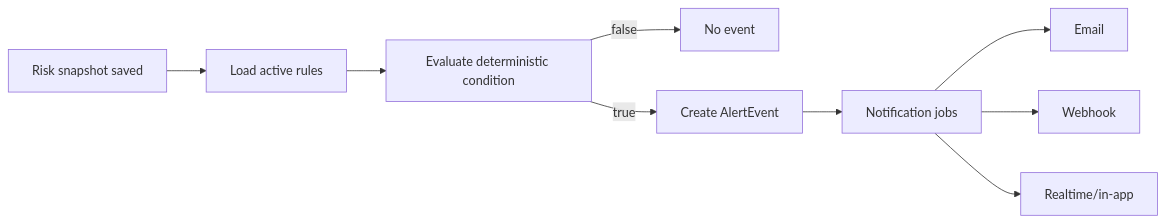
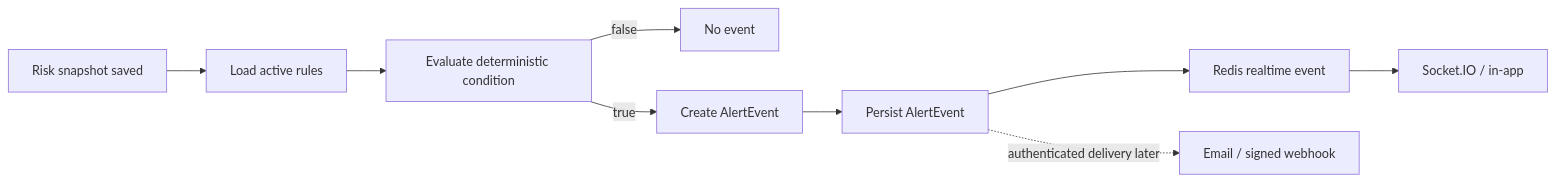
The diagram in documentation/16-realtime-and-alerts.md (TheSoftNode/riskrail), drawn with Mermaid before and after one commit. The commit also changed other lines of this file and 46 other files, not shown here.

````diff
--- a/documentation/16-realtime-and-alerts.md
+++ b/documentation/16-realtime-and-alerts.md
@@ -60,11 +63,11 @@
 ```mermaid
 flowchart LR
     A[Risk snapshot saved] --> B[Load active rules]
     B --> C[Evaluate deterministic condition]
     C -->|false| D[No event]
     C -->|true| E[Create AlertEvent]
-    E --> F[Notification jobs]
-    F --> G[Email]
-    F --> H[Webhook]
-    F --> I[Realtime/in-app]
+    E --> F[Persist AlertEvent]
+    F --> G[Redis realtime event]
+    G --> H[Socket.IO / in-app]
+    F -. authenticated delivery later .-> I[Email / signed webhook]
 ```
````
